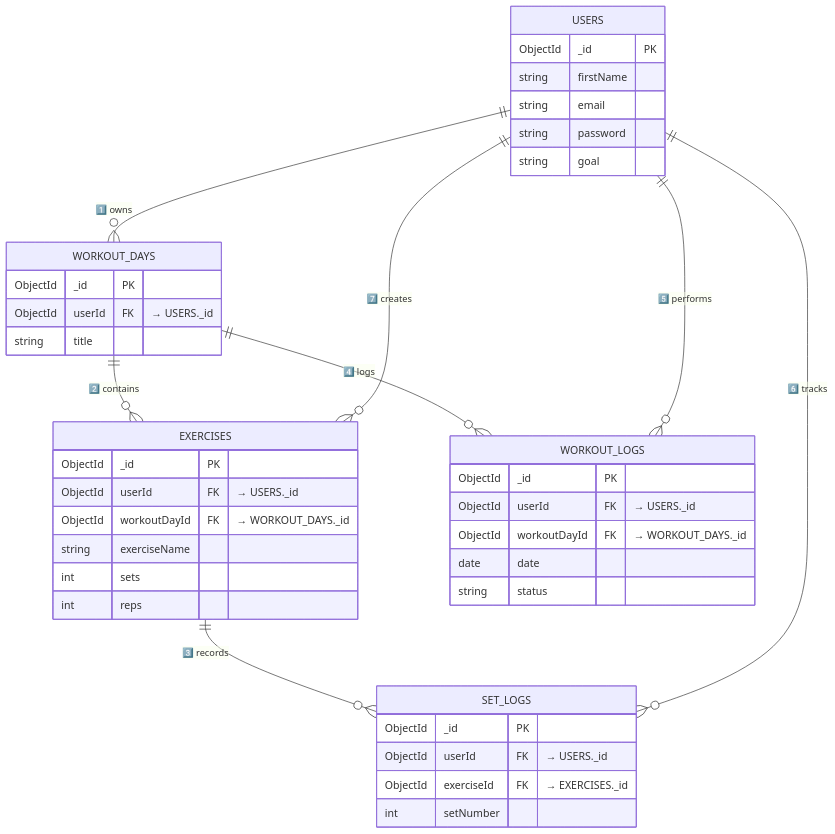
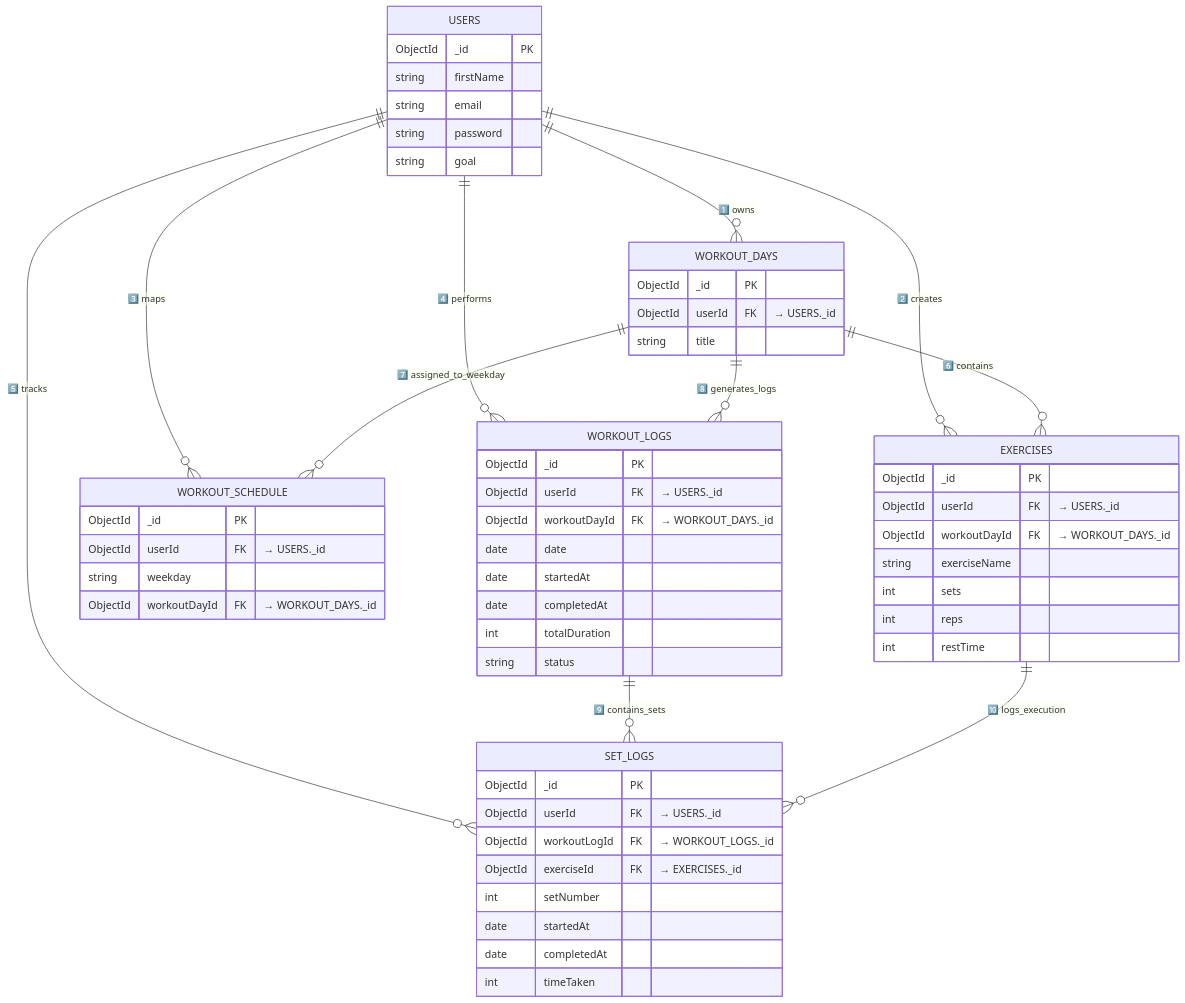
One commit to Ophidev/FitFlow changed the first of 2 diagrams in Backend/src/docs/backend-flow.md. Above: the diagram before and after it, drawn with Mermaid. The commit also changed other lines of this file, not shown here.

Commit message:
docs: update backend-flow.md with latest architecture (schedule layer + execution updates)

````diff
--- a/Backend/src/docs/backend-flow.md
+++ b/Backend/src/docs/backend-flow.md
@@ -20,21 +6,32 @@
 erDiagram
 
 %% ==============================
-%% RELATIONSHIPS (SHORT + CLEAR)
+%% CORE OWNERSHIP
 %% ==============================
 
 USERS ||--o{ WORKOUT_DAYS : "1️⃣ owns"
-WORKOUT_DAYS ||--o{ EXERCISES : "2️⃣ contains"
-EXERCISES ||--o{ SET_LOGS : "3️⃣ records"
-
-WORKOUT_DAYS ||--o{ WORKOUT_LOGS : "4️⃣ logs"
-
-USERS ||--o{ WORKOUT_LOGS : "5️⃣ performs"
-USERS ||--o{ SET_LOGS : "6️⃣ tracks"
-USERS ||--o{ EXERCISES : "7️⃣ creates"
+USERS ||--o{ EXERCISES : "2️⃣ creates"
+USERS ||--o{ WORKOUT_SCHEDULE : "3️⃣ maps"
+USERS ||--o{ WORKOUT_LOGS : "4️⃣ performs"
+USERS ||--o{ SET_LOGS : "5️⃣ tracks"
 
 %% ==============================
-%% TABLE STRUCTURE WITH FK MAPPING
+%% PLANNING LAYER
+%% ==============================
+
+WORKOUT_DAYS ||--o{ EXERCISES : "6️⃣ contains"
+WORKOUT_DAYS ||--o{ WORKOUT_SCHEDULE : "7️⃣ assigned_to_weekday"
+WORKOUT_DAYS ||--o{ WORKOUT_LOGS : "8️⃣ generates_logs"
+
+%% ==============================
+%% EXECUTION LAYER
+%% ==============================
+
+WORKOUT_LOGS ||--o{ SET_LOGS : "9️⃣ contains_sets"
+EXERCISES ||--o{ SET_LOGS : "🔟 logs_execution"
+
+%% ==============================
+%% TABLE STRUCTURE
 %% ==============================
 
 USERS {
@@ -58,6 +55,14 @@
     string exerciseName
     int sets
     int reps
+    int restTime
+}
+
+WORKOUT_SCHEDULE {
+    ObjectId _id PK
+    ObjectId userId FK "→ USERS._id"
+    string weekday
+    ObjectId workoutDayId FK "→ WORKOUT_DAYS._id"
 }
 
 WORKOUT_LOGS {
@@ -65,14 +70,20 @@
     ObjectId userId FK "→ USERS._id"
     ObjectId workoutDayId FK "→ WORKOUT_DAYS._id"
     date date
+    date startedAt
+    date completedAt
+    int totalDuration
     string status
 }
 
 SET_LOGS {
     ObjectId _id PK
     ObjectId userId FK "→ USERS._id"
+    ObjectId workoutLogId FK "→ WORKOUT_LOGS._id"
     ObjectId exerciseId FK "→ EXERCISES._id"
     int setNumber
+    date startedAt
+    date completedAt
+    int timeTaken
 }
-
 ```
````
